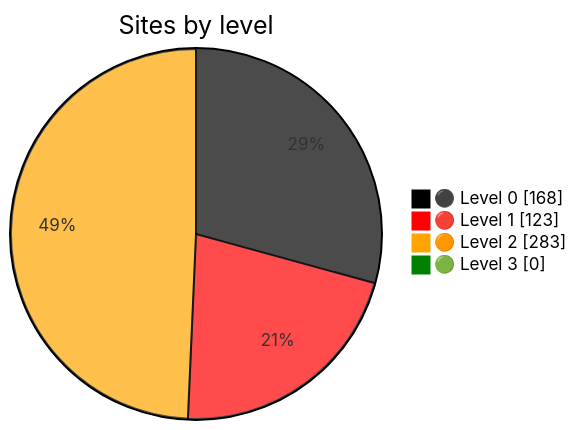
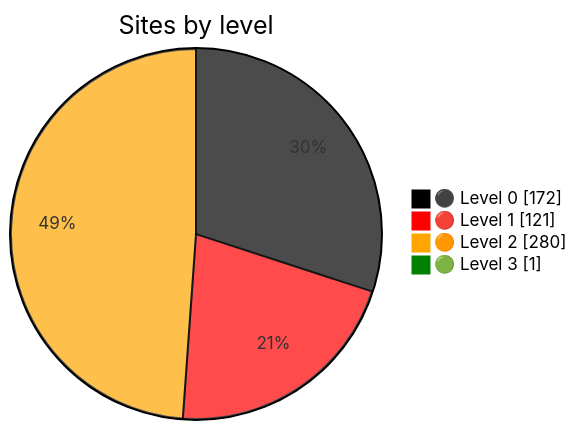
Before and after one commit to Dushmilan/gov_lk_web_auditor: the diagram in README.md, drawn with Mermaid. The commit also changed other lines of this file and 2575 other files, not shown here.

````diff
--- a/README.md
+++ b/README.md
@@ -24,9 +24,9 @@
 ```mermaid
 %%{init: {"themeVariables":{"pie1":"black","pie2":"red","pie3":"orange","pie4":"green"}}}%%
 pie showData
     title Sites by level
-    "⚫ Level 0" : 168
-    "🔴 Level 1" : 123
-    "🟠 Level 2" : 283
-    "🟢 Level 3" : 0
+    "⚫ Level 0" : 172
+    "🔴 Level 1" : 121
+    "🟠 Level 2" : 280
+    "🟢 Level 3" : 1
 ```
````
